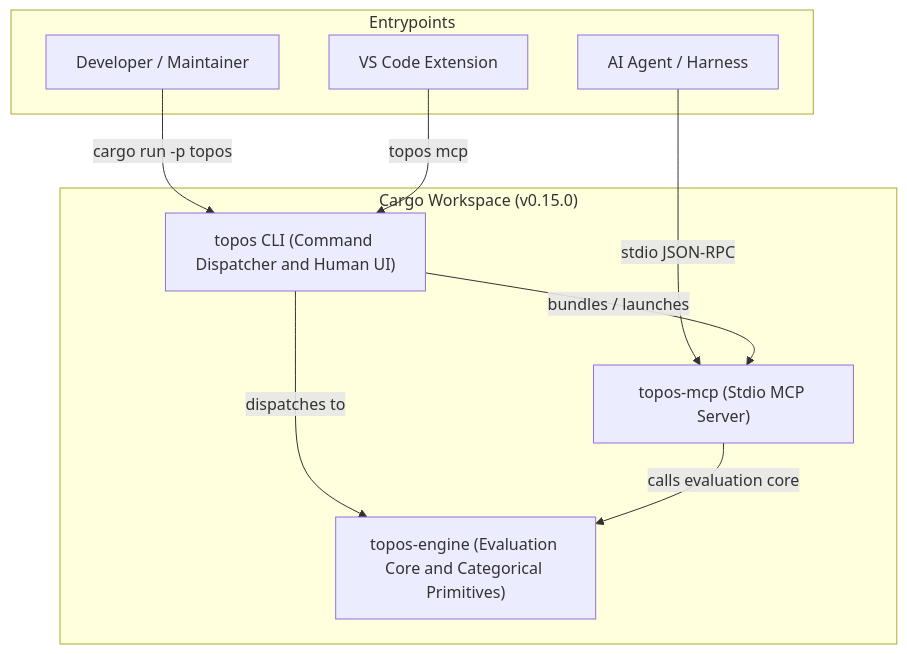
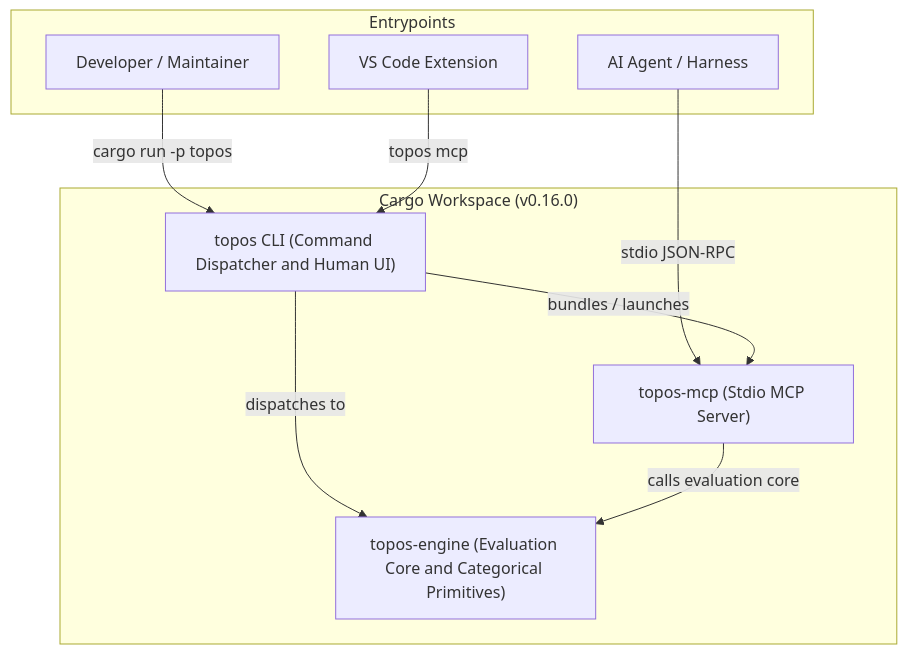
The first of 2 diagrams in openwiki/quickstart.md (Krv-Labs/topos), drawn with Mermaid before and after one commit. The commit also changed other lines of this file and 20 other files, not shown here.

````diff
--- a/openwiki/quickstart.md
+++ b/openwiki/quickstart.md
@@ -49,21 +49,21 @@
 ```mermaid
 flowchart TD
-    subgraph Workspace ["Cargo Workspace (v0.15.0)"]
+    subgraph Workspace ["Cargo Workspace (v0.16.0)"]
         Engine["topos-engine (Evaluation Core and Categorical Primitives)"]
         CLI["topos CLI (Command Dispatcher and Human UI)"]
         MCP["topos-mcp (Stdio MCP Server)"]
     end
 
     subgraph Entrypoints
         Developer["Developer / Maintainer"]
         Agent["AI Agent / Harness"]
         VSCode["VS Code Extension"]
     end
 
     Developer -->|cargo run -p topos| CLI
     Agent -->|stdio JSON-RPC| MCP
     VSCode -->|topos mcp| CLI
     CLI -->|bundles / launches| MCP
     CLI -->|dispatches to| Engine
     MCP -->|calls evaluation core| Engine
 ```
````
